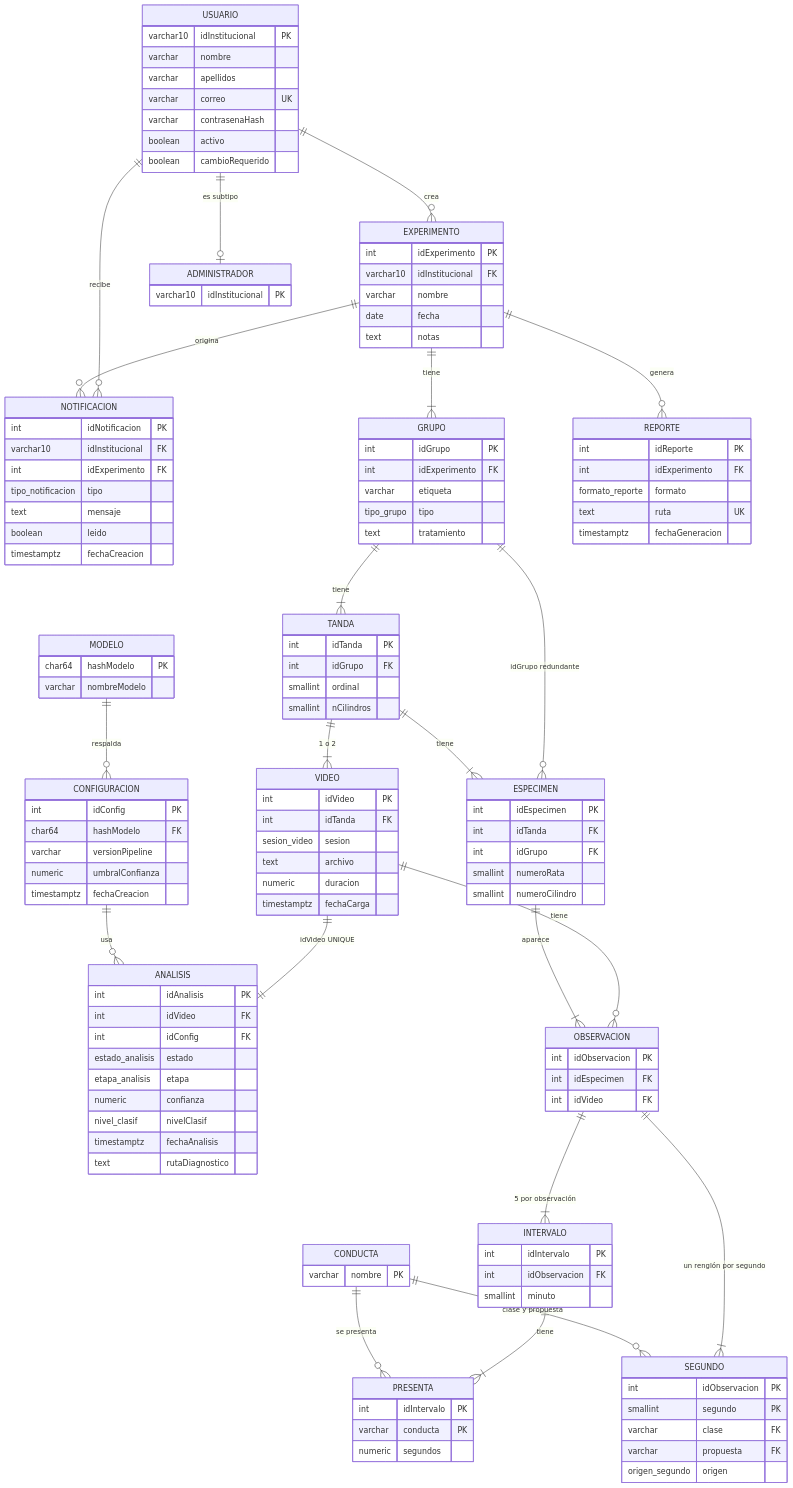
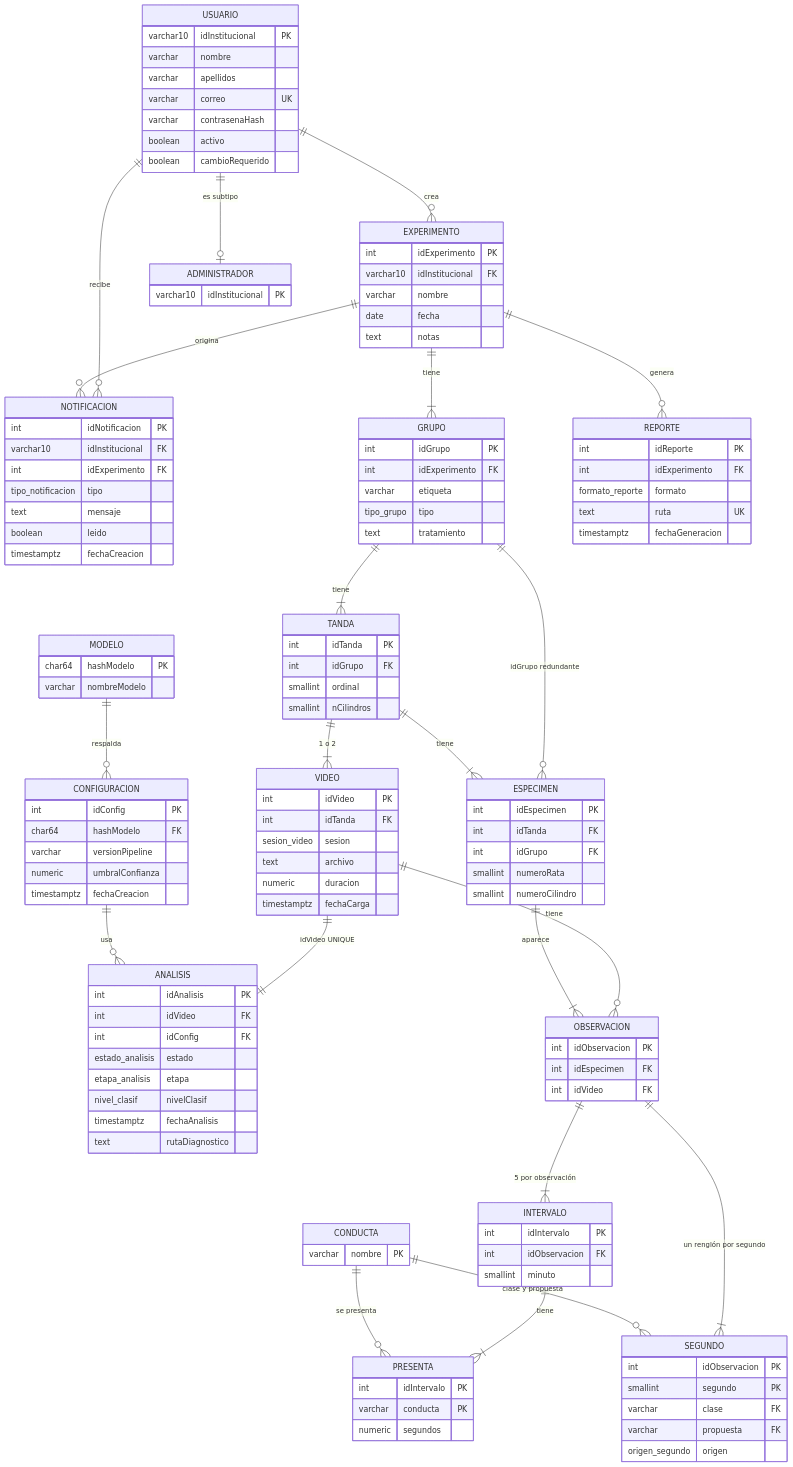
One commit to ErickJester/fst-ai-system-latex changed the fourth of 38 diagrams in INSTRUCCIONES-WEB.md. Above: the diagram before and after it, drawn with Mermaid. The commit also changed other lines of this file and 35 other files, not shown here.

```diff
--- a/INSTRUCCIONES-WEB.md
+++ b/INSTRUCCIONES-WEB.md
@@ -261,7 +261,6 @@
              int idConfig FK
              estado_analisis estado
              etapa_analisis etapa
-             numeric confianza
              nivel_clasif nivelClasif
              timestamptz fechaAnalisis
              text rutaDiagnostico }
```
